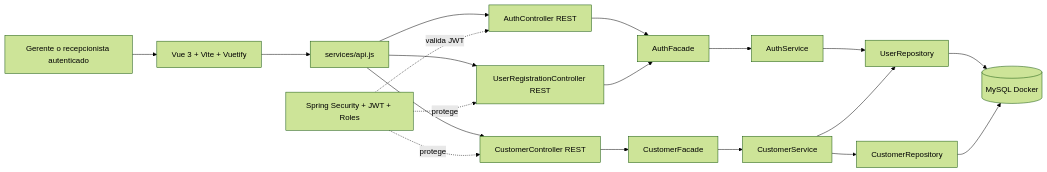
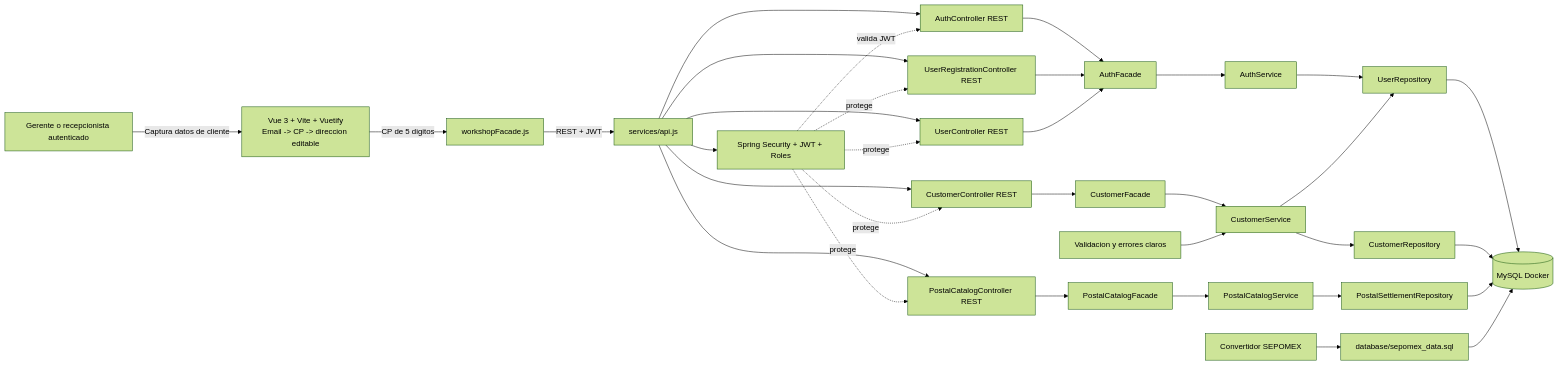
The diagram in docs/diagrama_componentes_fase02.md (zerobtq087/taller_mecanico_software), drawn with Mermaid (forest theme) before and after one commit. The commit also changed other lines of this file and 32 other files, not shown here.

````diff
--- a/docs/diagrama_componentes_fase02.md
+++ b/docs/diagrama_componentes_fase02.md
@@ -11,41 +11,64 @@
 ```mermaid
 flowchart LR
     Usuario[Gerente o recepcionista autenticado]
-    Vue[Vue 3 + Vite + Vuetify]
+    Vue[Vue 3 + Vite + Vuetify<br/>Email -> CP -> direccion editable]
+    FrontendFacade[workshopFacade.js]
     Api[services/api.js]
+    Security[Spring Security + JWT + Roles]
     AuthController[AuthController REST]
     UserRegistrationController[UserRegistrationController REST]
+    UserController[UserController REST]
     CustomerController[CustomerController REST]
+    PostalController[PostalCatalogController REST]
     AuthFacade[AuthFacade]
     CustomerFacade[CustomerFacade]
+    PostalFacade[PostalCatalogFacade]
     AuthService[AuthService]
     CustomerService[CustomerService]
+    PostalService[PostalCatalogService]
+    Validation[Validacion y errores claros]
     UserRepository[UserRepository]
     CustomerRepository[CustomerRepository]
+    PostalRepository[PostalSettlementRepository]
+    SepomexData[database/sepomex_data.sql]
+    Converter[Convertidor SEPOMEX]
     MySQL[(MySQL Docker)]
-    Security[Spring Security + JWT + Roles]
 
-    Usuario --> Vue
-    Vue --> Api
+    Usuario -->|Captura datos de cliente| Vue
+    Vue -->|CP de 5 digitos| FrontendFacade
+    FrontendFacade -->|REST + JWT| Api
+    Api --> Security
     Api --> AuthController
     Api --> UserRegistrationController
+    Api --> UserController
     Api --> CustomerController
+    Api --> PostalController
 
     AuthController --> AuthFacade
     UserRegistrationController --> AuthFacade
+    UserController --> AuthFacade
     CustomerController --> CustomerFacade
+    PostalController --> PostalFacade
 
     AuthFacade --> AuthService
     CustomerFacade --> CustomerService
+    PostalFacade --> PostalService
+    Validation --> CustomerService
 
     AuthService --> UserRepository
     CustomerService --> CustomerRepository
     CustomerService --> UserRepository
+    PostalService --> PostalRepository
 
     UserRepository --> MySQL
     CustomerRepository --> MySQL
+    PostalRepository --> MySQL
+    Converter --> SepomexData
+    SepomexData --> MySQL
 
     Security -. protege .-> UserRegistrationController
+    Security -. protege .-> UserController
     Security -. protege .-> CustomerController
+    Security -. protege .-> PostalController
     Security -. valida JWT .-> AuthController
 ```
````
